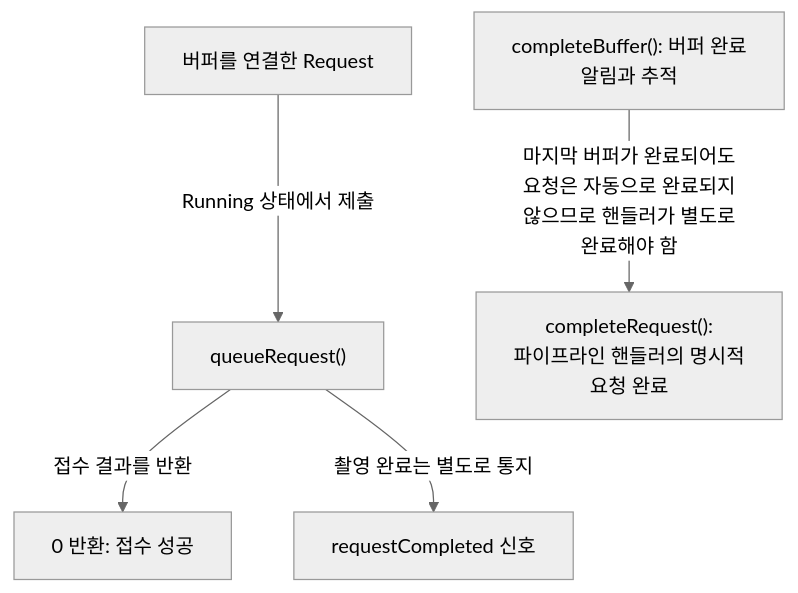
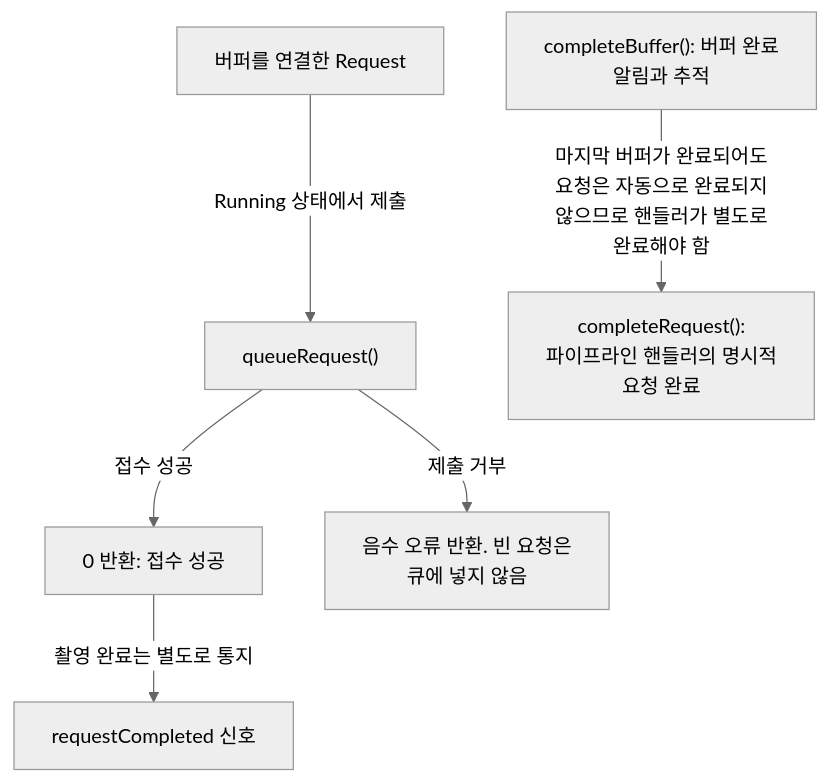
The fourth of 7 diagrams in docs/overview.md (TTolsun/libcamera-sdd), drawn with Mermaid (neutral theme) before and after one commit. The commit also changed other lines of this file and 125 other files, not shown here.

````diff
--- a/docs/overview.md
+++ b/docs/overview.md
@@ -220,14 +217,16 @@
 ```mermaid
 flowchart TB
-%% sdd:translations {"0 반환: 접수 성공": "Return 0: submission <br/>accepted", "Running 상태에서 제출": "Submit in Running state", "completeBuffer#40;#41;: 버퍼 완료 <br/>알림과 추적": "completeBuffer#40;#41;: buffer <br/>completion notification and <br/>tracking", "completeRequest#40;#41;: <br/>파이프라인 핸들러의 명시적 <br/>요청 완료": "completeRequest#40;#41;: explicit <br/>request completion by the <br/>pipeline handler", "queueRequest#40;#41;": "queueRequest#40;#41;", "requestCompleted 신호": "requestCompleted signal", "마지막 버퍼가 완료되어도 <br/>요청은 자동으로 완료되지 <br/>않으므로 핸들러가 별도로 <br/>완료해야 함": "Even the last buffer does <br/>not automatically complete <br/>the request; the handler <br/>must complete it separately", "버퍼를 연결한 Request": "Request with capture buffers", "접수 결과를 반환": "Return submission result", "촬영 완료는 별도로 통지": "Notify completion separately"}
+%% sdd:translations {"0 반환: 접수 성공": "Return 0: submission <br/>accepted", "Running 상태에서 제출": "Submit in Running state", "completeBuffer#40;#41;: 버퍼 완료 <br/>알림과 추적": "completeBuffer#40;#41;: buffer <br/>completion notification and <br/>tracking", "completeRequest#40;#41;: <br/>파이프라인 핸들러의 명시적 <br/>요청 완료": "completeRequest#40;#41;: explicit <br/>request completion by the <br/>pipeline handler", "queueRequest#40;#41;": "queueRequest#40;#41;", "requestCompleted 신호": "requestCompleted signal", "마지막 버퍼가 완료되어도 <br/>요청은 자동으로 완료되지 <br/>않으므로 핸들러가 별도로 <br/>완료해야 함": "Even the last buffer does <br/>not automatically complete <br/>the request; the handler <br/>must complete it separately", "버퍼를 연결한 Request": "Request with capture buffers", "음수 오류 반환. 빈 요청은 <br/>큐에 넣지 않음": "Negative error. Empty <br/>requests are not queued", "접수 성공": "Accepted", "제출 거부": "Rejected", "촬영 완료는 별도로 통지": "Notify completion separately"}
   v_request["버퍼를 연결한 Request"]
   v_queue["queueRequest#40;#41;"]
   v_accepted["0 반환: 접수 성공"]
   v_signal["requestCompleted 신호"]
   v_complete-buffer["completeBuffer#40;#41;: 버퍼 완료 <br/>알림과 추적"]
   v_complete-request["completeRequest#40;#41;: <br/>파이프라인 핸들러의 명시적 <br/>요청 완료"]
+  v_rejected["음수 오류 반환. 빈 요청은 <br/>큐에 넣지 않음"]
   v_request -->|"Running 상태에서 제출"| v_queue
-  v_queue -->|"접수 결과를 반환"| v_accepted
-  v_queue -->|"촬영 완료는 별도로 통지"| v_signal
+  v_queue -->|"접수 성공"| v_accepted
+  v_accepted -->|"촬영 완료는 별도로 통지"| v_signal
   v_complete-buffer -->|"마지막 버퍼가 완료되어도 <br/>요청은 자동으로 완료되지 <br/>않으므로 핸들러가 별도로 <br/>완료해야 함"| v_complete-request
+  v_queue -->|"제출 거부"| v_rejected
 ```
````
